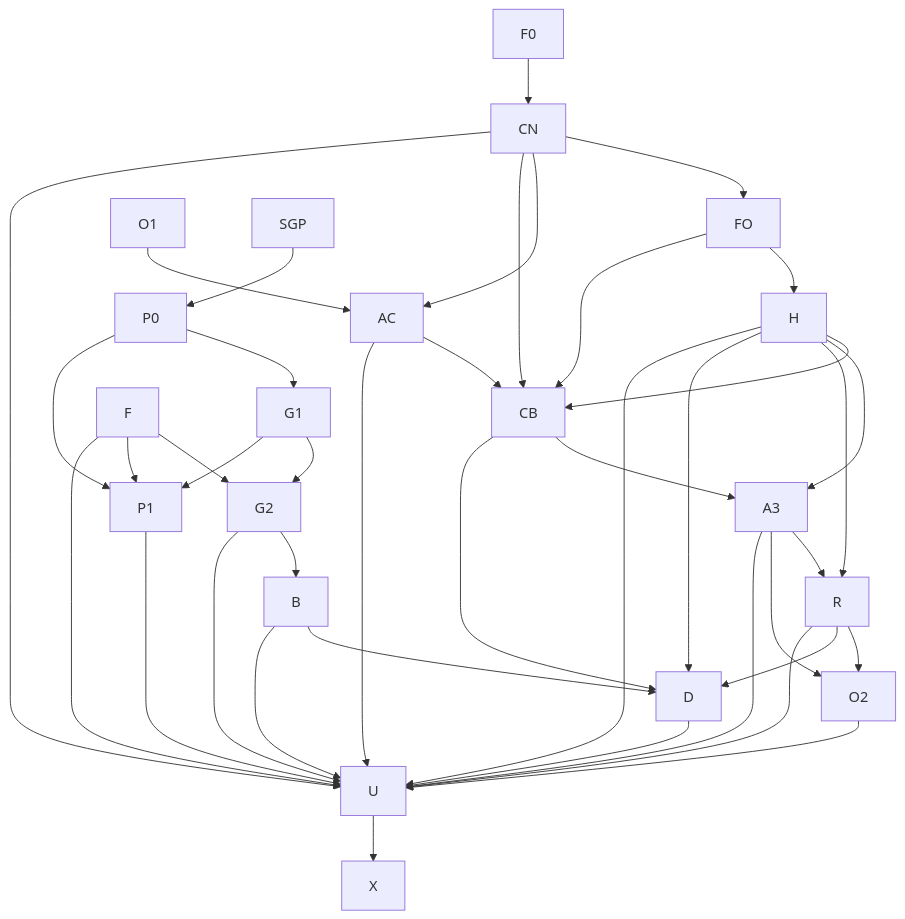
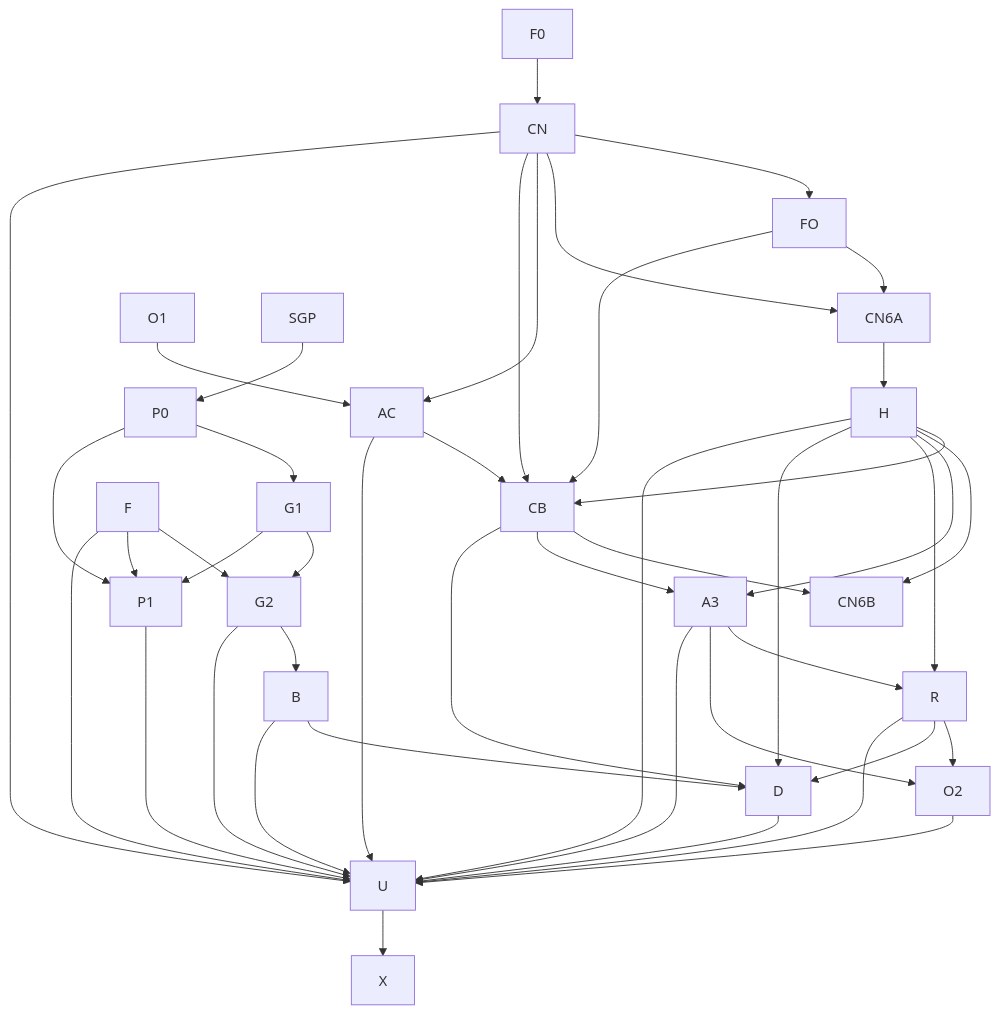
One commit to OmertaDev/Omerta changed the diagram in docs/superpowers/plans/2026-08-26-grill-completion-umbrella.md. Above: the diagram before and after it, drawn with Mermaid. The commit also changed other lines of this file and 6 other files, not shown here.

Commit message:
docs: freeze rwa lifecycle and health h2 architecture

````diff
--- a/docs/superpowers/plans/2026-08-26-grill-completion-umbrella.md
+++ b/docs/superpowers/plans/2026-08-26-grill-completion-umbrella.md
@@ -153,42 +161,46 @@
 ```mermaid
 flowchart TD
   F0 --> CN
   CN --> FO
-  FO --> H
+  CN --> CN6A
+  FO --> CN6A
+  CN6A --> H
   O1 --> AC
   CN --> AC
   CN --> CB
   FO --> CB
   H --> CB
   AC --> CB
+  H --> CN6B
+  CB --> CN6B
   CB --> A3
   H --> A3
   A3 --> R
   H --> R
   A3 --> O2
   R --> O2
   SGP --> P0
   P0 --> G1
   G1 --> G2
   F --> G2
   G2 --> B
   G1 --> P1
   P0 --> P1
   F --> P1
   CB --> D
   H --> D
   R --> D
   B --> D
   CN --> U
   H --> U
   AC --> U
   A3 --> U
   R --> U
   O2 --> U
   G2 --> U
   B --> U
   P1 --> U
   D --> U
   F --> U
   U --> X
 ```
````
